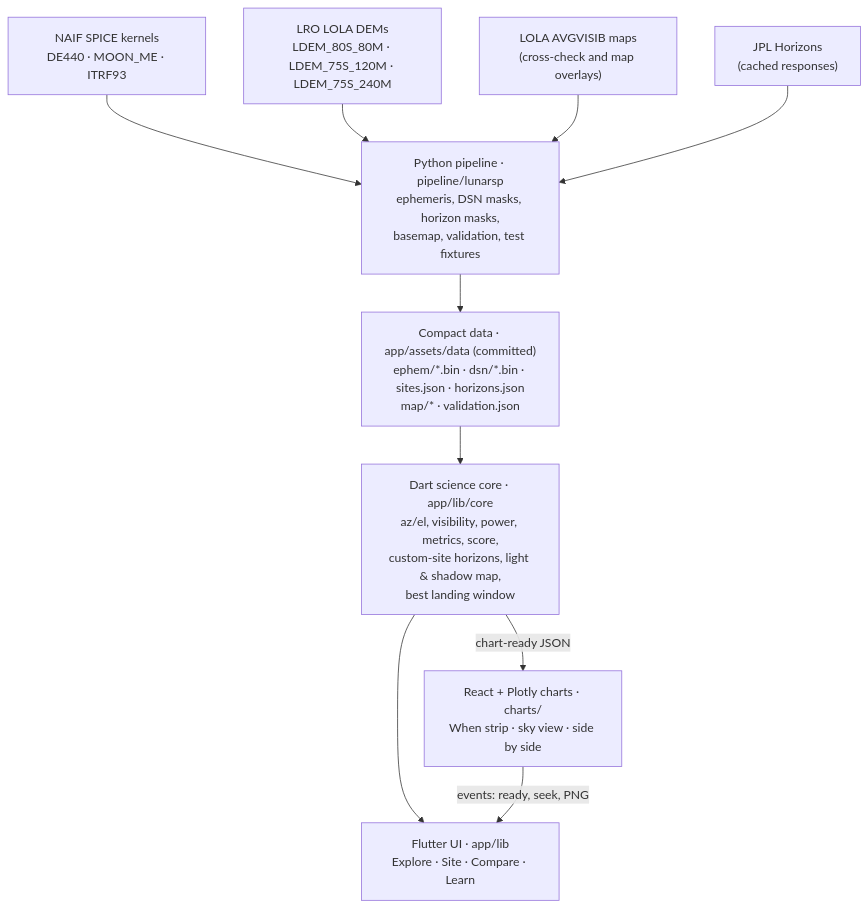
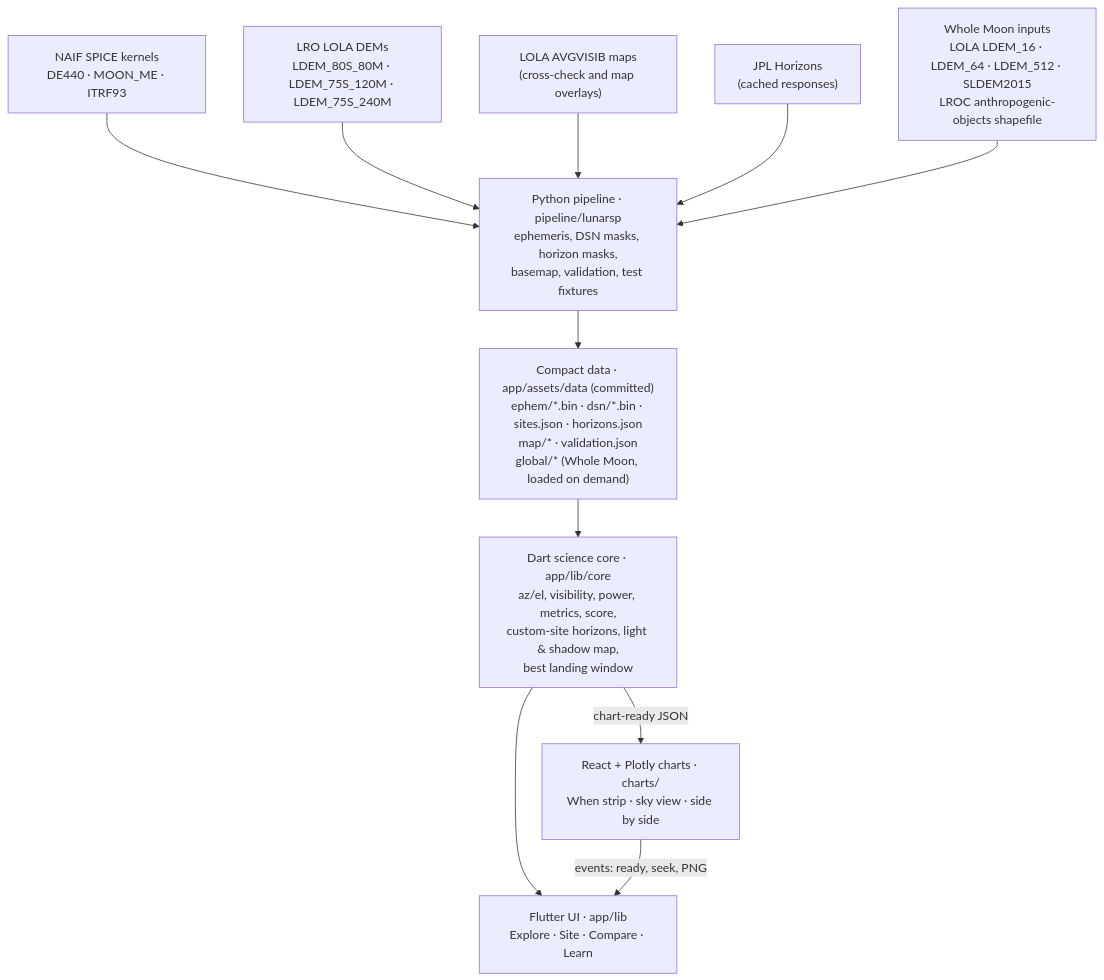
Before and after one commit to localizedprojects/CLPS-MOON-BROWSER: the diagram in README.md, drawn with Mermaid. The commit also changed other lines of this file, not shown here.

First line of the commit message:
1.14.0 WP6: README scope, How it works, Validation, data sources, commands, layout and tests for Whole Moon

````diff
--- a/README.md
+++ b/README.md
@@ -121,13 +121,14 @@
 ```mermaid
 flowchart TD
   K["NAIF SPICE kernels<br/>DE440 · MOON_ME · ITRF93"] --> P
   D["LRO LOLA DEMs<br/>LDEM_80S_80M · LDEM_75S_120M · LDEM_75S_240M"] --> P
   A["LOLA AVGVISIB maps<br/>(cross-check and map overlays)"] --> P
   H["JPL Horizons<br/>(cached responses)"] --> P
+  G["Whole Moon inputs<br/>LOLA LDEM_16 · LDEM_64 · LDEM_512 · SLDEM2015<br/>LROC anthropogenic-objects shapefile"] --> P
   P["Python pipeline · pipeline/lunarsp<br/>ephemeris, DSN masks, horizon masks,<br/>basemap, validation, test fixtures"]
-  P --> DATA["Compact data · app/assets/data (committed)<br/>ephem/*.bin · dsn/*.bin · sites.json · horizons.json<br/>map/* · validation.json"]
+  P --> DATA["Compact data · app/assets/data (committed)<br/>ephem/*.bin · dsn/*.bin · sites.json · horizons.json<br/>map/* · validation.json<br/>global/* (Whole Moon, loaded on demand)"]
   DATA --> CORE["Dart science core · app/lib/core<br/>az/el, visibility, power, metrics, score,<br/>custom-site horizons, light & shadow map,<br/>best landing window"]
   CORE --> UI["Flutter UI · app/lib<br/>Explore · Site · Compare · Learn"]
   CORE -- "chart-ready JSON" --> CH["React + Plotly charts · charts/<br/>When strip · sky view · side by side"]
   CH -- "events: ready, seek, PNG" --> UI
 ```
````
